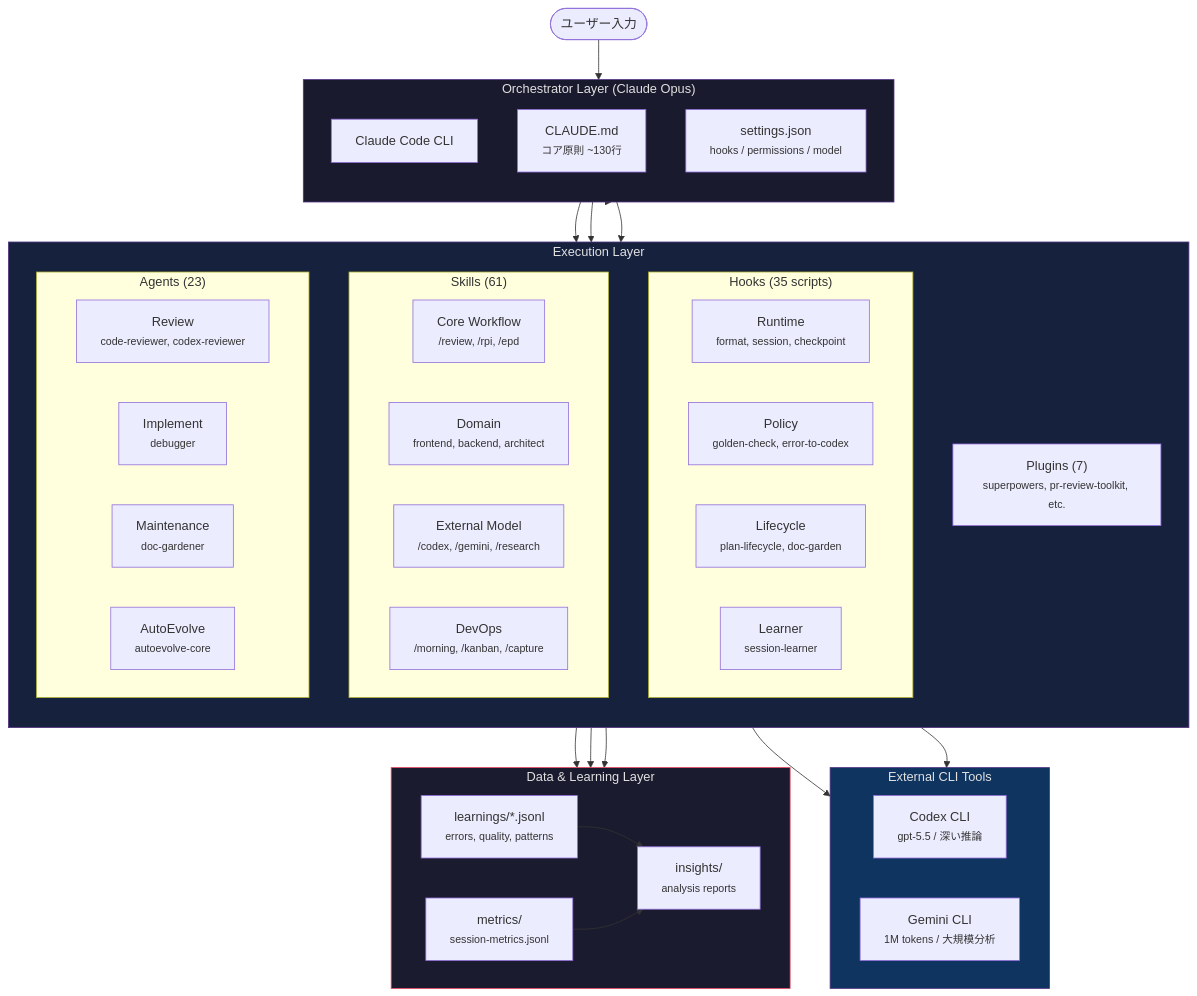
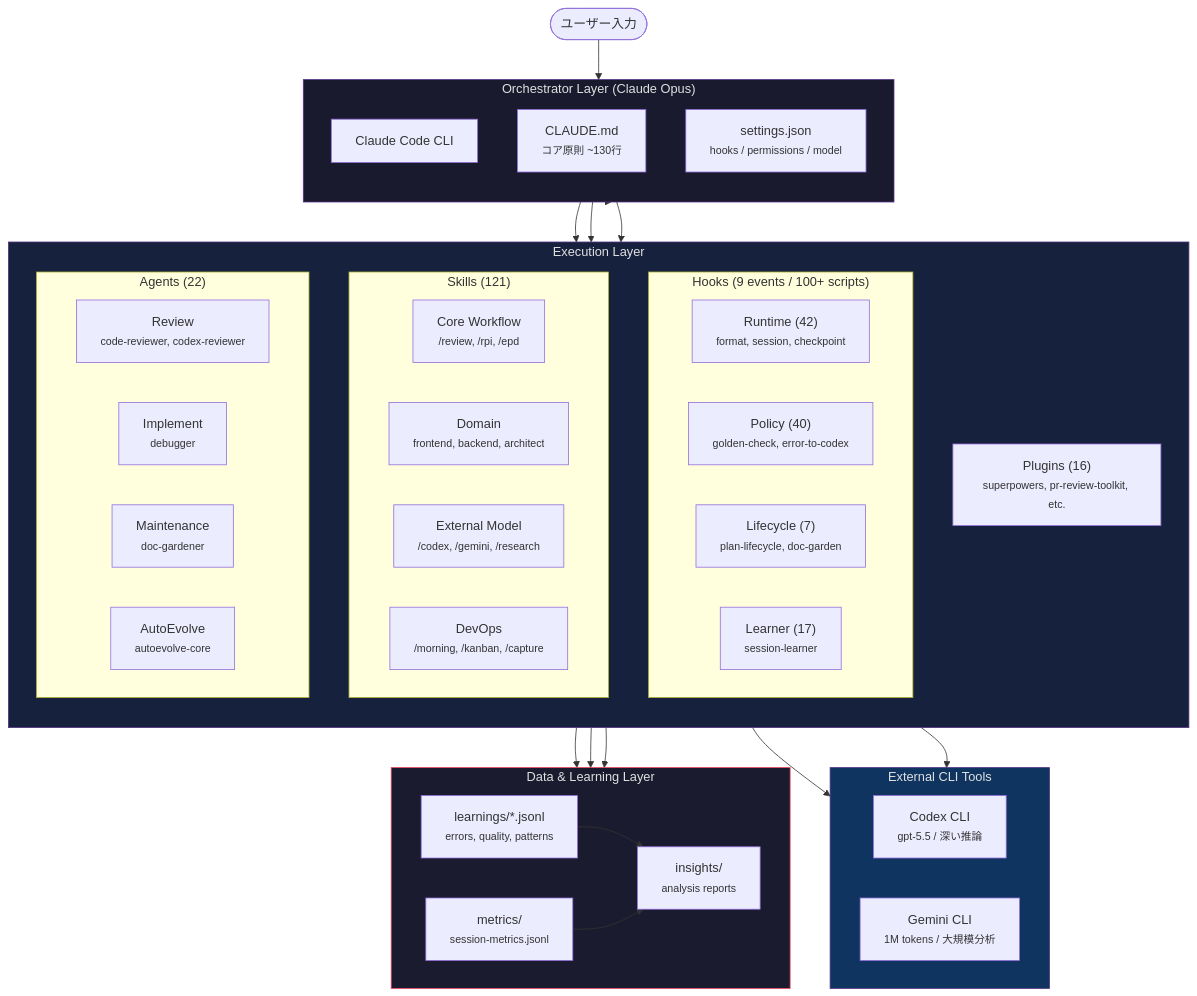
One commit to takeuchi-shogo/dotfiles changed the first of 3 diagrams in .config/claude/README.md. Above: the diagram before and after it, drawn with Mermaid. The commit also changed other lines of this file and 4 other files, not shown here.

First line of the commit message:
✨ feat(claude): typescript-reviewer 追加 + アーキテクチャ俯瞰図 HTML/README 更新

````diff
--- a/.config/claude/README.md
+++ b/.config/claude/README.md
@@ -28,71 +29,71 @@
 ```mermaid
 graph TB
     User([ユーザー入力])
 
     subgraph orchestrator["Orchestrator Layer (Claude Opus)"]
         direction TB
         CC[Claude Code CLI]
         CLAUDE_MD["CLAUDE.md<br><small>コア原則 ~130行</small>"]
         SETTINGS["settings.json<br><small>hooks / permissions / model</small>"]
     end
 
     subgraph execution["Execution Layer"]
         direction TB
-        subgraph hooks_box["Hooks (35 scripts)"]
+        subgraph hooks_box["Hooks (9 events / 100+ scripts)"]
             direction LR
-            H_RT["Runtime<br><small>format, session, checkpoint</small>"]
-            H_PO["Policy<br><small>golden-check, error-to-codex</small>"]
-            H_LC["Lifecycle<br><small>plan-lifecycle, doc-garden</small>"]
-            H_LR["Learner<br><small>session-learner</small>"]
+            H_RT["Runtime (42)<br><small>format, session, checkpoint</small>"]
+            H_PO["Policy (40)<br><small>golden-check, error-to-codex</small>"]
+            H_LC["Lifecycle (7)<br><small>plan-lifecycle, doc-garden</small>"]
+            H_LR["Learner (17)<br><small>session-learner</small>"]
         end
 
-        subgraph skills_box["Skills (61)"]
+        subgraph skills_box["Skills (121)"]
             direction LR
             SK_CORE["Core Workflow<br><small>/review, /rpi, /epd</small>"]
             SK_DOMAIN["Domain<br><small>frontend, backend, architect</small>"]
             SK_EXT["External Model<br><small>/codex, /gemini, /research</small>"]
             SK_OPS["DevOps<br><small>/morning, /kanban, /capture</small>"]
         end
 
-        subgraph agents_box["Agents (23)"]
+        subgraph agents_box["Agents (22)"]
             direction LR
             AG_REV["Review<br><small>code-reviewer, codex-reviewer</small>"]
             AG_IMPL["Implement<br><small>debugger</small>"]
             AG_MAINT["Maintenance<br><small>doc-gardener</small>"]
             AG_EVOLVE["AutoEvolve<br><small>autoevolve-core</small>"]
         end
 
-        PLUGINS["Plugins (7)<br><small>superpowers, pr-review-toolkit, etc.</small>"]
+        PLUGINS["Plugins (16)<br><small>superpowers, pr-review-toolkit, etc.</small>"]
     end
 
     subgraph external["External CLI Tools"]
         direction LR
         CODEX["Codex CLI<br><small>gpt-5.5 / 深い推論</small>"]
         GEMINI["Gemini CLI<br><small>1M tokens / 大規模分析</small>"]
     end
 
     subgraph data["Data & Learning Layer"]
         direction LR
         LEARNINGS["learnings/*.jsonl<br><small>errors, quality, patterns</small>"]
         METRICS["metrics/<br><small>session-metrics.jsonl</small>"]
         INSIGHTS["insights/<br><small>analysis reports</small>"]
     end
 
     User --> CC
     CC --> hooks_box
     CC --> skills_box
     CC --> agents_box
     CC --> PLUGINS
     SK_EXT --> CODEX
     SK_EXT --> GEMINI
     AG_EVOLVE --> LEARNINGS
     H_LR --> LEARNINGS
     H_PO --> LEARNINGS
     LEARNINGS --> INSIGHTS
     METRICS --> INSIGHTS
 
     style orchestrator fill:#1a1a2e,stroke:#533483,color:#e0e0e0
     style execution fill:#16213e,stroke:#533483,color:#e0e0e0
     style external fill:#0f3460,stroke:#533483,color:#e0e0e0
     style data fill:#1b1b2f,stroke:#e94560,color:#e0e0e0
 ```
````
